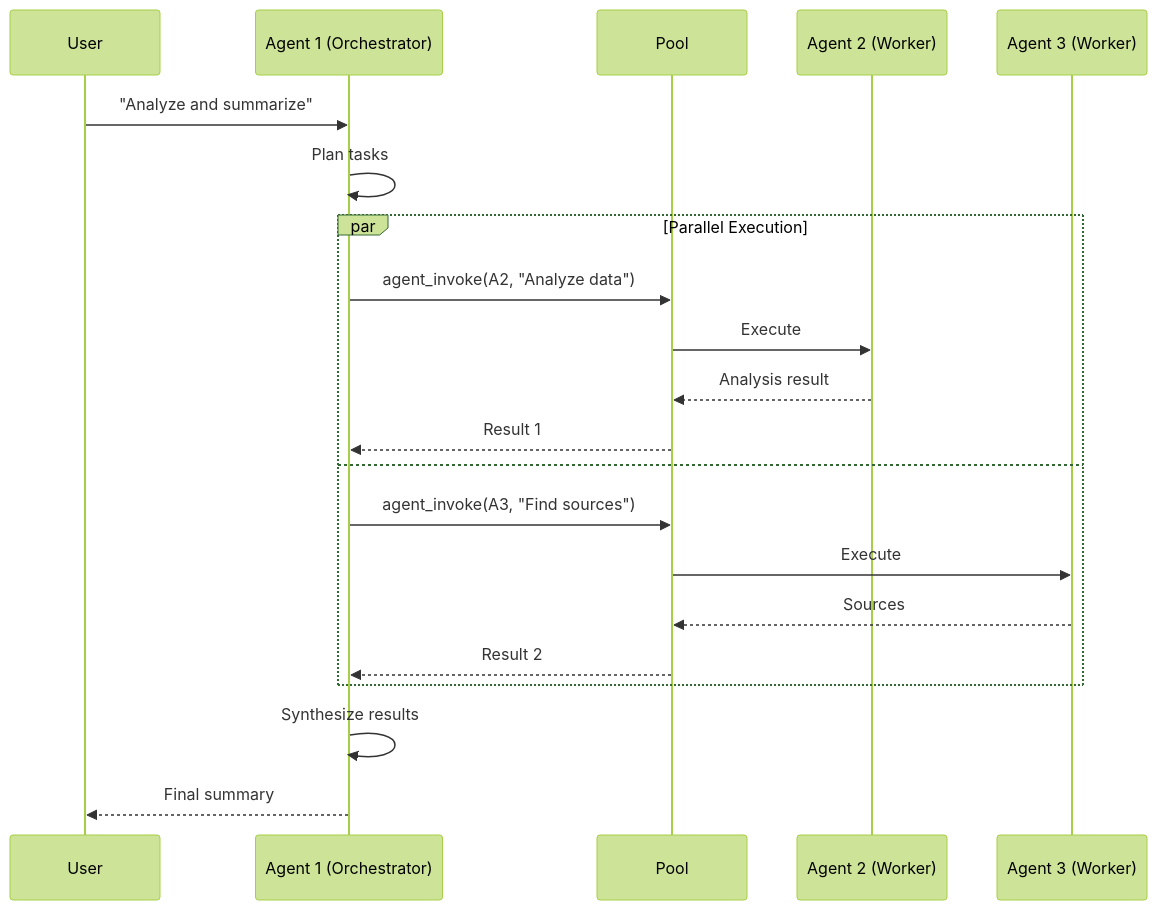
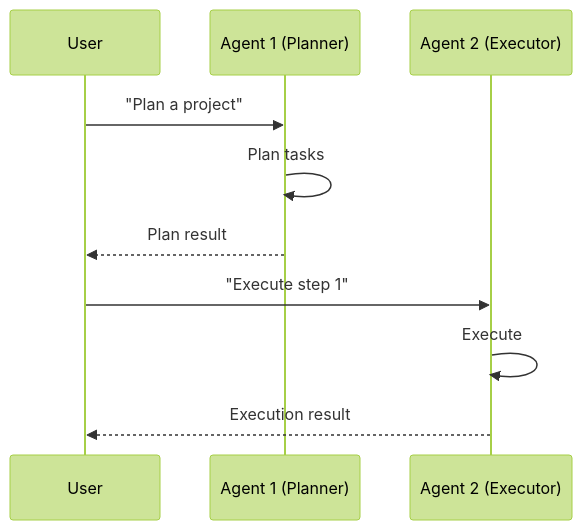
One commit to ConekoAI/peko-runtime changed the third of 4 diagrams in docs/dev/ARCHITECTURE.md. Above: the diagram before and after it, drawn with Mermaid (forest theme). The commit also changed other lines of this file and 60 other files, not shown here.

````diff
--- a/docs/dev/ARCHITECTURE.md
+++ b/docs/dev/ARCHITECTURE.md
@@ -267,27 +121,13 @@
 ```mermaid
 sequenceDiagram
     participant User
-    participant A1 as Agent 1 (Orchestrator)
-    participant Pool
-    participant A2 as Agent 2 (Worker)
-    participant A3 as Agent 3 (Worker)
+    participant A1 as Agent 1 (Planner)
+    participant A2 as Agent 2 (Executor)
 
-    User->>A1: "Analyze and summarize"
-    
+    User->>A1: "Plan a project"
     A1->>A1: Plan tasks
-    
-    par Parallel Execution
-        A1->>Pool: agent_invoke(A2, "Analyze data")
-        Pool->>A2: Execute
-        A2-->>Pool: Analysis result
-        Pool-->>A1: Result 1
-    and
-        A1->>Pool: agent_invoke(A3, "Find sources")
-        Pool->>A3: Execute
-        A3-->>Pool: Sources
-        Pool-->>A1: Result 2
-    end
-    
-    A1->>A1: Synthesize results
-    A1-->>User: Final summary
+    A1-->>User: Plan result
+    User->>A2: "Execute step 1"
+    A2->>A2: Execute
+    A2-->>User: Execution result
 ```
````
